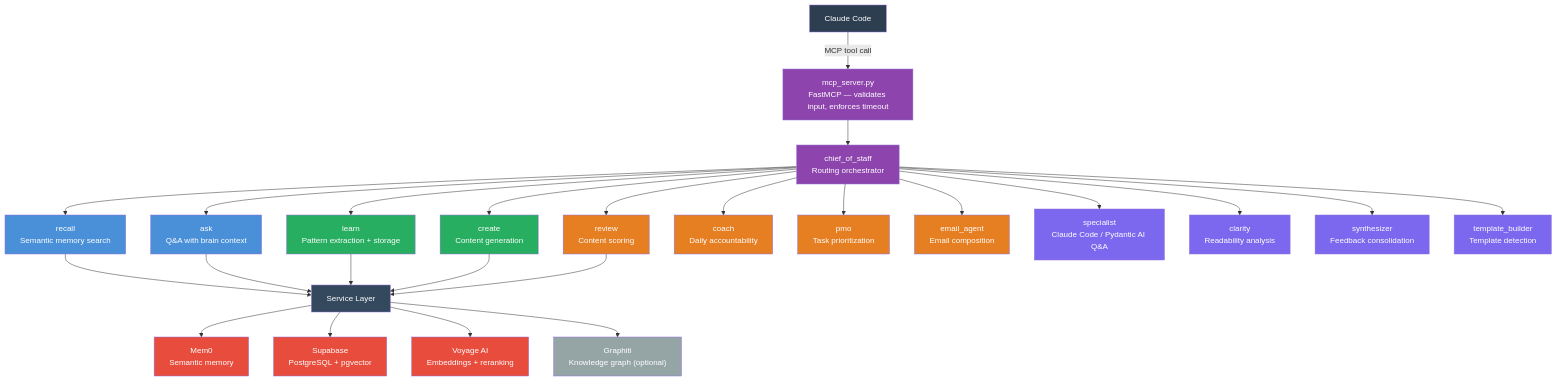
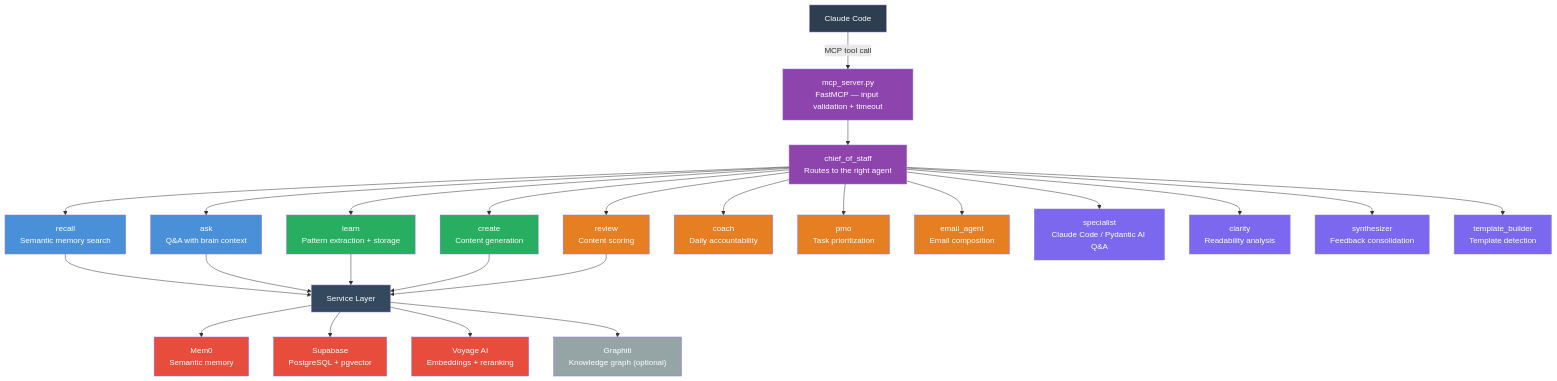
The first of 7 diagrams in README.md (ryanjosebrosas/second-brain-ultimatum), drawn with Mermaid before and after one commit. The commit also changed other lines of this file, not shown here.

````diff
--- a/README.md
+++ b/README.md
@@ -21,50 +21,50 @@
 ```mermaid
 graph TD
-    CC["Claude Code"] -->|"MCP tool call"| MCP["mcp_server.py<br/>FastMCP — validates input, enforces timeout"]
-    MCP --> COS["chief_of_staff<br/>Routing orchestrator"]
+    CC["Claude Code"] -->|"MCP tool call"| MCP["mcp_server.py<br/>FastMCP — input validation + timeout"]
+    MCP --> COS["chief_of_staff<br/>Routes to the right agent"]
 
     COS --> RECALL["recall<br/>Semantic memory search"]
     COS --> ASK["ask<br/>Q&A with brain context"]
     COS --> LEARN["learn<br/>Pattern extraction + storage"]
     COS --> CREATE["create<br/>Content generation"]
     COS --> REVIEW["review<br/>Content scoring"]
     COS --> COACH["coach<br/>Daily accountability"]
     COS --> PMO["pmo<br/>Task prioritization"]
     COS --> EMAIL["email_agent<br/>Email composition"]
     COS --> SPEC["specialist<br/>Claude Code / Pydantic AI Q&A"]
     COS --> CLARITY["clarity<br/>Readability analysis"]
     COS --> SYNTH["synthesizer<br/>Feedback consolidation"]
     COS --> TB["template_builder<br/>Template detection"]
 
     RECALL --> SVC["Service Layer"]
     ASK --> SVC
     LEARN --> SVC
     CREATE --> SVC
     REVIEW --> SVC
 
     SVC --> MEM0["Mem0<br/>Semantic memory"]
     SVC --> SB["Supabase<br/>PostgreSQL + pgvector"]
     SVC --> VAI["Voyage AI<br/>Embeddings + reranking"]
     SVC --> GR["Graphiti<br/>Knowledge graph (optional)"]
 
     style CC fill:#2c3e50,color:#fff
     style MCP fill:#8e44ad,color:#fff
     style COS fill:#8e44ad,color:#fff
     style RECALL fill:#4a90d9,color:#fff
     style ASK fill:#4a90d9,color:#fff
     style LEARN fill:#27ae60,color:#fff
     style CREATE fill:#27ae60,color:#fff
     style REVIEW fill:#e67e22,color:#fff
     style COACH fill:#e67e22,color:#fff
     style PMO fill:#e67e22,color:#fff
     style EMAIL fill:#e67e22,color:#fff
     style SPEC fill:#7b68ee,color:#fff
     style CLARITY fill:#7b68ee,color:#fff
     style SYNTH fill:#7b68ee,color:#fff
     style TB fill:#7b68ee,color:#fff
     style SVC fill:#34495e,color:#fff
     style MEM0 fill:#e74c3c,color:#fff
     style SB fill:#e74c3c,color:#fff
     style VAI fill:#e74c3c,color:#fff
     style GR fill:#95a5a6,color:#fff
 ```
````
